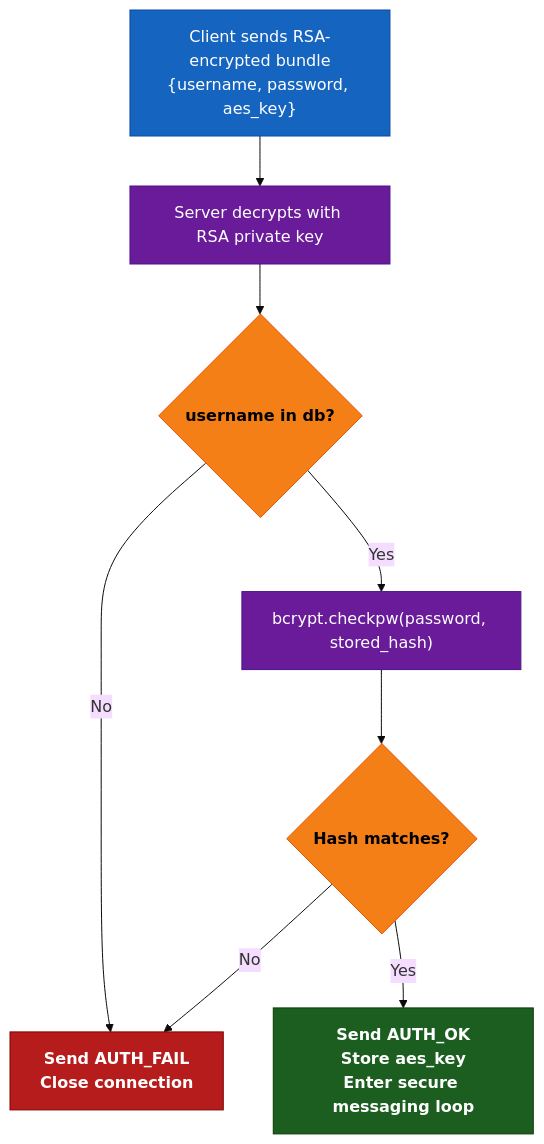
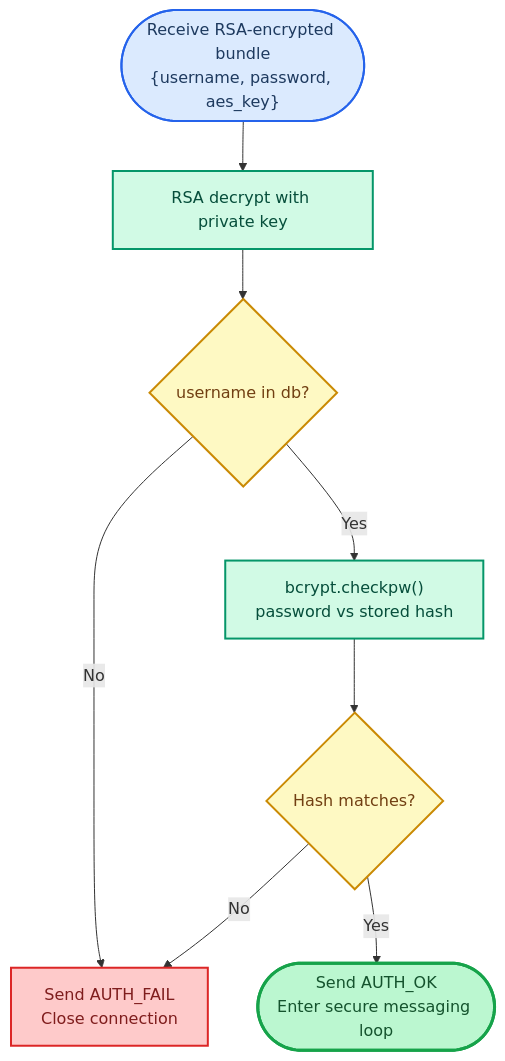
Before and after one commit to HeshamAfandi/Secure-Communication-System: the sixth of 14 diagrams in PROJECT_DOCUMENTATION.md, drawn with Mermaid. The commit also changed other lines of this file, not shown here.

````diff
--- a/PROJECT_DOCUMENTATION.md
+++ b/PROJECT_DOCUMENTATION.md
@@ -679,18 +709,25 @@
 ```mermaid
-%%{init: {'theme': 'base'}}%%
 flowchart TD
-    classDef input    fill:#1565C0,stroke:#0D47A1,color:#FFFFFF
-    classDef process  fill:#6A1B9A,stroke:#4A148C,color:#FFFFFF
-    classDef decision fill:#F57F17,stroke:#E65100,color:#000000,font-weight:bold
-    classDef success  fill:#1B5E20,stroke:#0D3B00,color:#FFFFFF,font-weight:bold
-    classDef failure  fill:#B71C1C,stroke:#7F0000,color:#FFFFFF,font-weight:bold
+    A(["Receive RSA-encrypted bundle<br/>{username, password, aes_key}"])
+    B["RSA decrypt with private key"]
+    C{"username in db?"}
+    D["bcrypt.checkpw()<br/>password vs stored hash"]
+    E{"Hash matches?"}
+    FAIL["Send AUTH_FAIL<br/>Close connection"]
+    OK(["Send AUTH_OK<br/>Enter secure messaging loop"])
 
-    A["Client sends RSA-encrypted bundle<br/>{username, password, aes_key}"]:::input --> B
-    B["Server decrypts with RSA private key"]:::process --> C
-    C{username in db?}:::decision
-    C -->|No| FAIL["Send AUTH_FAIL<br/>Close connection"]:::failure
-    C -->|Yes| D["bcrypt.checkpw(password, stored_hash)"]:::process
-    D --> E{Hash matches?}:::decision
+    A --> B --> C
+    C -->|No| FAIL
+    C -->|Yes| D
+    D --> E
     E -->|No| FAIL
-    E -->|Yes| OK["Send AUTH_OK<br/>Store aes_key<br/>Enter secure messaging loop"]:::success
+    E -->|Yes| OK
+
+    style A    fill:#dbeafe,stroke:#2563eb,stroke-width:2px,color:#1e3a5f
+    style B    fill:#d1fae5,stroke:#059669,stroke-width:2px,color:#064e3b
+    style C    fill:#fef9c3,stroke:#ca8a04,stroke-width:2px,color:#713f12
+    style D    fill:#d1fae5,stroke:#059669,stroke-width:2px,color:#064e3b
+    style E    fill:#fef9c3,stroke:#ca8a04,stroke-width:2px,color:#713f12
+    style FAIL fill:#fecaca,stroke:#dc2626,stroke-width:2px,color:#7f1d1d
+    style OK   fill:#bbf7d0,stroke:#16a34a,stroke-width:3px,color:#14532d
 ```
````
